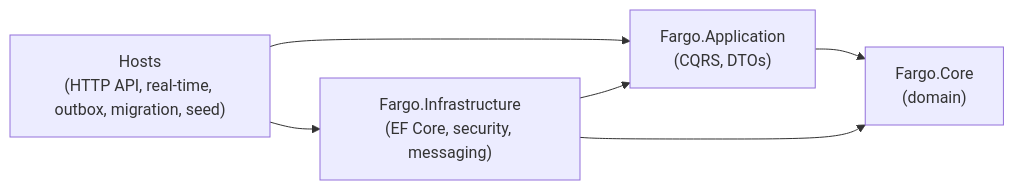
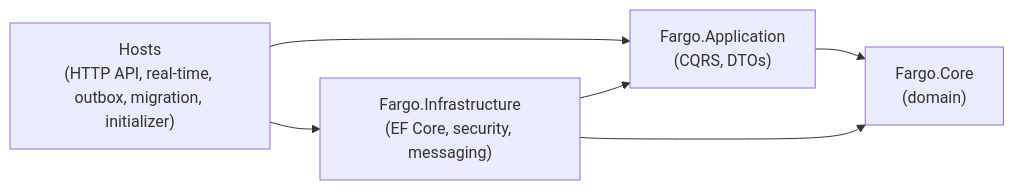
The diagram in docs/server/overview.md (silvestrinigor/Fargo), drawn with Mermaid before and after one commit. The commit also changed other lines of this file and 89 other files, not shown here.

````diff
--- a/docs/server/overview.md
+++ b/docs/server/overview.md
@@ -68,13 +68,13 @@
 ```mermaid
 flowchart LR
-    Hosts["Hosts<br/>(HTTP API, real-time, outbox, migration, seed)"]
+    Hosts["Hosts<br/>(HTTP API, real-time, outbox, migration, initializer)"]
     Infrastructure["Fargo.Infrastructure<br/>(EF Core, security, messaging)"]
     Application["Fargo.Application<br/>(CQRS, DTOs)"]
     Core["Fargo.Core<br/>(domain)"]
 
     Hosts --> Application
     Hosts --> Infrastructure
     Infrastructure --> Application
     Application --> Core
     Infrastructure --> Core
 ```
````
